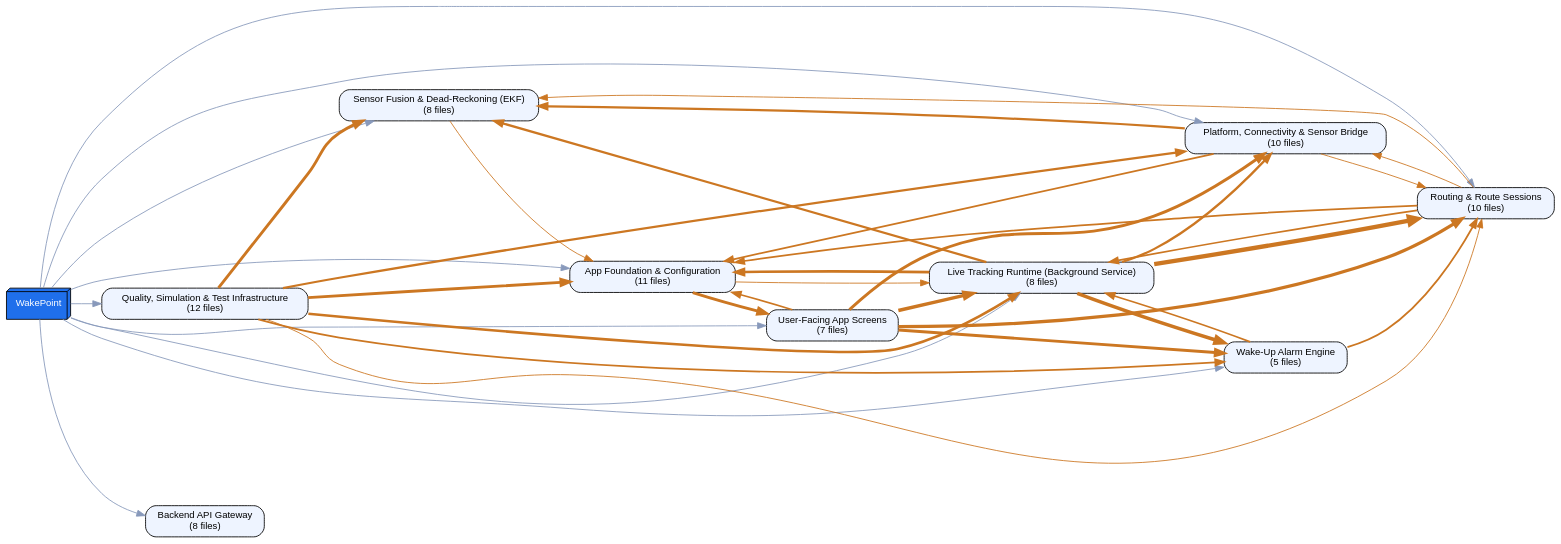
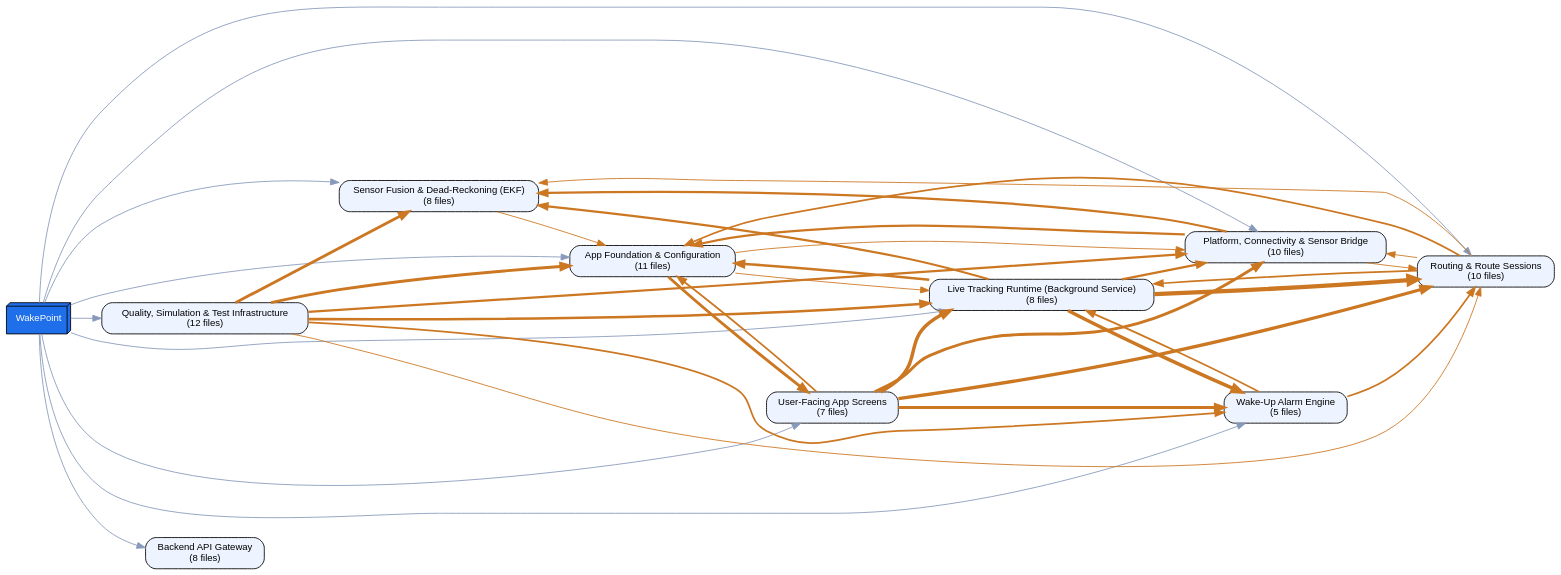
Before and after one commit to Raed2180416/WakePoint: the diagram in .wake/intent/intent-graph.dot, drawn with Graphviz. The commit also changed 288 other files, not shown here.

```diff
--- a/.wake/intent/intent-graph.dot
+++ b/.wake/intent/intent-graph.dot
@@ -1,50 +1,51 @@
 digraph WakePoint {
   rankdir=LR; bgcolor="transparent"; node [shape=box style="rounded,filled" fillcolor="#eef4ff" fontname="Helvetica" fontsize=11]; edge [color="#8899bb" fontname="Helvetica" fontsize=8];
   "WakePoint" [fillcolor="#1f6feb" fontcolor="white" shape=box3d];
   "ekf-sensor-fusion" [label="Sensor Fusion & Dead-Reckoning (EKF)\n(8 files)"];
   "WakePoint" -> "ekf-sensor-fusion";
   "live-tracking-runtime" [label="Live Tracking Runtime (Background Service)\n(8 files)"];
   "WakePoint" -> "live-tracking-runtime";
   "wakeup-alarm-engine" [label="Wake-Up Alarm Engine\n(5 files)"];
   "WakePoint" -> "wakeup-alarm-engine";
   "routing-route-sessions" [label="Routing & Route Sessions\n(10 files)"];
   "WakePoint" -> "routing-route-sessions";
   "platform-connectivity-services" [label="Platform, Connectivity & Sensor Bridge\n(10 files)"];
   "WakePoint" -> "platform-connectivity-services";
   "user-facing-screens" [label="User-Facing App Screens\n(7 files)"];
   "WakePoint" -> "user-facing-screens";
   "app-foundation-config" [label="App Foundation & Configuration\n(11 files)"];
   "WakePoint" -> "app-foundation-config";
   "backend-api-gateway" [label="Backend API Gateway\n(8 files)"];
   "WakePoint" -> "backend-api-gateway";
   "quality-simulation-testing" [label="Quality, Simulation & Test Infrastructure\n(12 files)"];
   "WakePoint" -> "quality-simulation-testing";
   "app-foundation-config" -> "live-tracking-runtime" [penwidth=1.00 color="#cc7722"];
+  "app-foundation-config" -> "platform-connectivity-services" [penwidth=1.00 color="#cc7722"];
   "app-foundation-config" -> "user-facing-screens" [penwidth=3.32 color="#cc7722"];
   "ekf-sensor-fusion" -> "app-foundation-config" [penwidth=1.00 color="#cc7722"];
   "live-tracking-runtime" -> "app-foundation-config" [penwidth=3.00 color="#cc7722"];
   "live-tracking-runtime" -> "ekf-sensor-fusion" [penwidth=2.58 color="#cc7722"];
   "live-tracking-runtime" -> "platform-connectivity-services" [penwidth=2.58 color="#cc7722"];
   "live-tracking-runtime" -> "routing-route-sessions" [penwidth=5.00 color="#cc7722"];
   "live-tracking-runtime" -> "wakeup-alarm-engine" [penwidth=4.17 color="#cc7722"];
-  "platform-connectivity-services" -> "app-foundation-config" [penwidth=2.00 color="#cc7722"];
+  "platform-connectivity-services" -> "app-foundation-config" [penwidth=2.58 color="#cc7722"];
   "platform-connectivity-services" -> "ekf-sensor-fusion" [penwidth=2.58 color="#cc7722"];
   "platform-connectivity-services" -> "routing-route-sessions" [penwidth=1.00 color="#cc7722"];
   "quality-simulation-testing" -> "app-foundation-config" [penwidth=3.32 color="#cc7722"];
   "quality-simulation-testing" -> "ekf-sensor-fusion" [penwidth=3.32 color="#cc7722"];
   "quality-simulation-testing" -> "live-tracking-runtime" [penwidth=3.00 color="#cc7722"];
   "quality-simulation-testing" -> "platform-connectivity-services" [penwidth=2.58 color="#cc7722"];
   "quality-simulation-testing" -> "routing-route-sessions" [penwidth=1.00 color="#cc7722"];
   "quality-simulation-testing" -> "wakeup-alarm-engine" [penwidth=2.00 color="#cc7722"];
   "routing-route-sessions" -> "app-foundation-config" [penwidth=2.00 color="#cc7722"];
   "routing-route-sessions" -> "ekf-sensor-fusion" [penwidth=1.00 color="#cc7722"];
   "routing-route-sessions" -> "live-tracking-runtime" [penwidth=2.00 color="#cc7722"];
   "routing-route-sessions" -> "platform-connectivity-services" [penwidth=1.00 color="#cc7722"];
   "user-facing-screens" -> "app-foundation-config" [penwidth=2.00 color="#cc7722"];
   "user-facing-screens" -> "live-tracking-runtime" [penwidth=4.00 color="#cc7722"];
   "user-facing-screens" -> "platform-connectivity-services" [penwidth=3.32 color="#cc7722"];
   "user-facing-screens" -> "routing-route-sessions" [penwidth=3.81 color="#cc7722"];
   "user-facing-screens" -> "wakeup-alarm-engine" [penwidth=3.32 color="#cc7722"];
   "wakeup-alarm-engine" -> "live-tracking-runtime" [penwidth=2.00 color="#cc7722"];
   "wakeup-alarm-engine" -> "routing-route-sessions" [penwidth=2.00 color="#cc7722"];
 }
```
